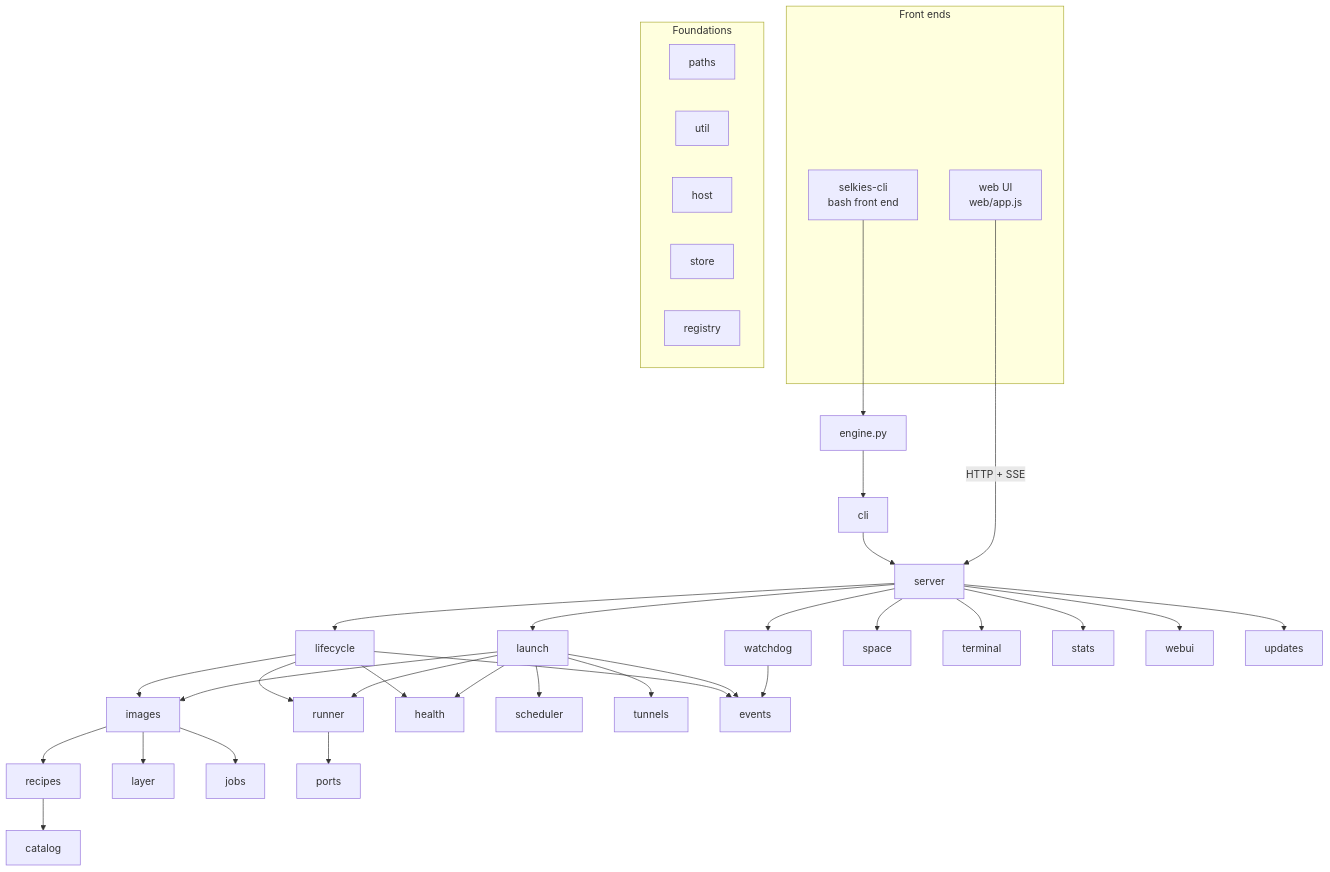
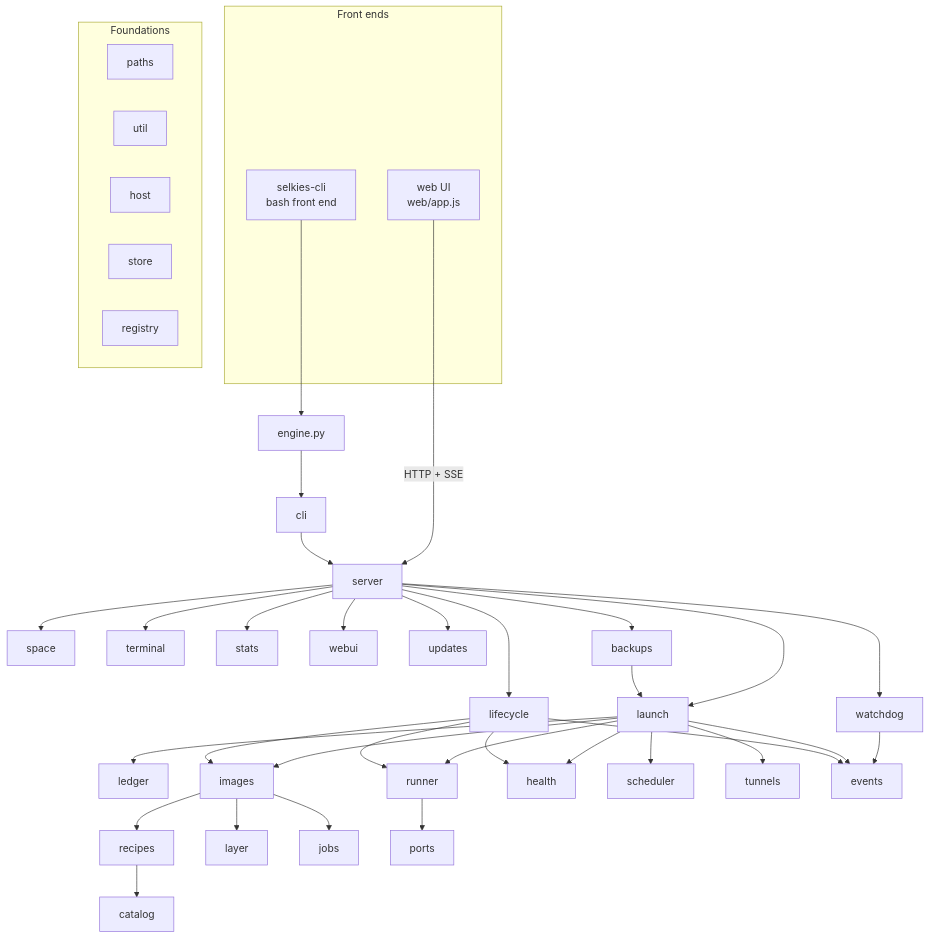
Before and after one commit to adatskov-wcpss/animated-fiesta: the first of 3 diagrams in docs/engine.md, drawn with Mermaid. The commit also changed other lines of this file and 30 other files, not shown here.

````diff
--- a/docs/engine.md
+++ b/docs/engine.md
@@ -18,42 +18,45 @@
 ```mermaid
 flowchart TB
   subgraph Front ends
     CLI[selkies-cli<br/>bash front end]
     UI[web UI<br/>web/app.js]
   end
   CLI --> E[engine.py]
   UI -->|HTTP + SSE| SRV[server]
   E --> C[cli]
   C --> SRV
   SRV --> L[launch]
   SRV --> LC[lifecycle]
   SRV --> WD[watchdog]
   SRV --> SP[space]
   SRV --> T[terminal]
   SRV --> ST[stats]
   SRV --> W[webui]
   SRV --> U[updates]
+  SRV --> BK[backups]
+  BK --> L
+  L --> LG[ledger]
   L --> IM[images]
   L --> RN[runner]
   L --> H[health]
   L --> SC[scheduler]
   L --> TN[tunnels]
   LC --> IM
   LC --> RN
   LC --> H
   IM --> RC[recipes]
   IM --> LY[layer]
   IM --> J[jobs]
   WD --> EV[events]
   L --> EV
   LC --> EV
   RN --> P[ports]
   RC --> CAT[catalog]
   subgraph Foundations
     PA[paths]
     UT[util]
     HO[host]
     ST2[store]
     RG[registry]
   end
 ```
````
